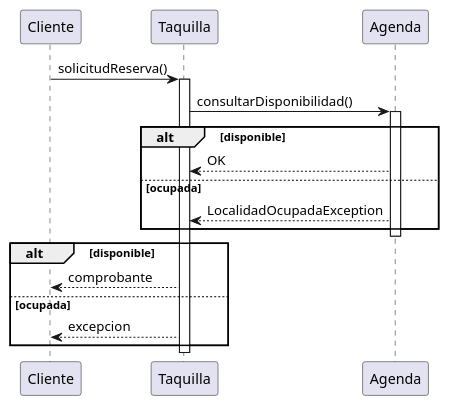
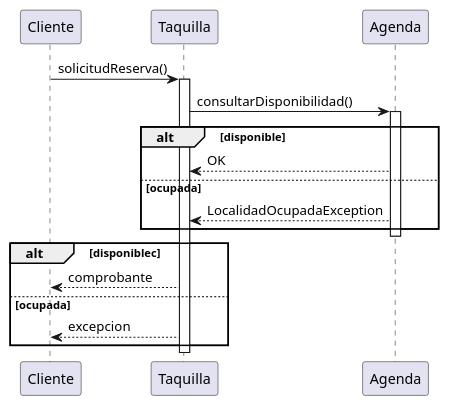
The diagram in ejemplo2.puml (luisdavid184/CalseExcep), drawn with PlantUML before and after one commit. The commit also changed 2 other files, not shown here.

```diff
--- a/ejemplo2.puml
+++ b/ejemplo2.puml
@@ -1,21 +1,21 @@
 @startuml secuencia_excepcion
 participant Cliente
 participant Taquilla
 participant Agenda
 Cliente -> Taquilla: solicitudReserva()
 activate Taquilla
 Taquilla -> Agenda: consultarDisponibilidad()
 activate Agenda
 alt disponible
     Agenda --> Taquilla: OK
 else ocupada
     Agenda --> Taquilla: LocalidadOcupadaException
 end
 deactivate Agenda
-alt disponible
+alt disponiblec
     Taquilla --> Cliente: comprobante
 else ocupada
     Taquilla --> Cliente: excepcion
 end
 deactivate Taquilla
 @enduml
```
